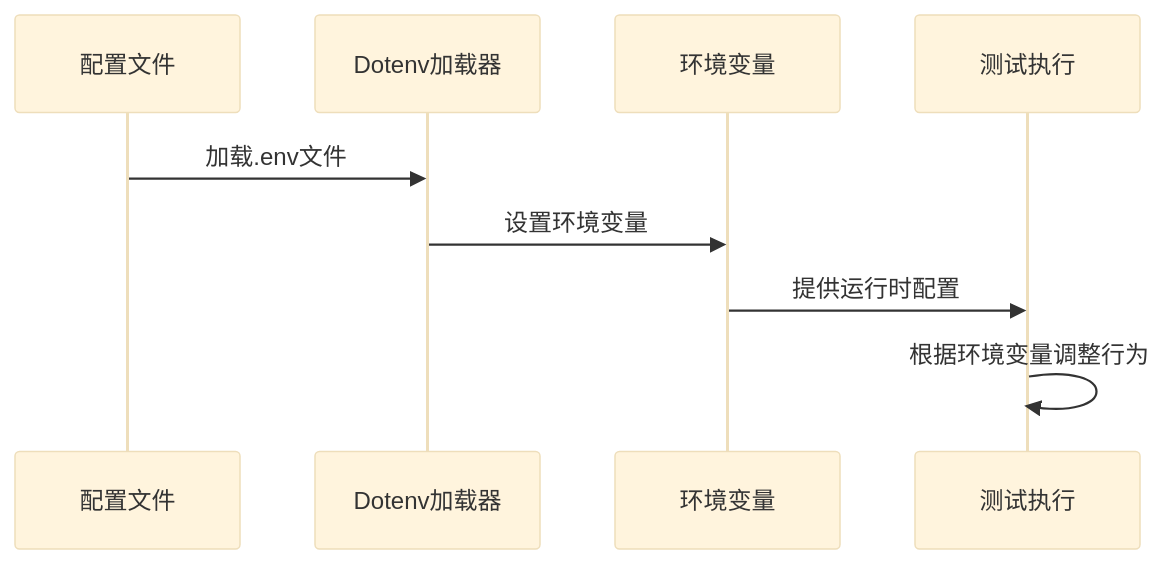
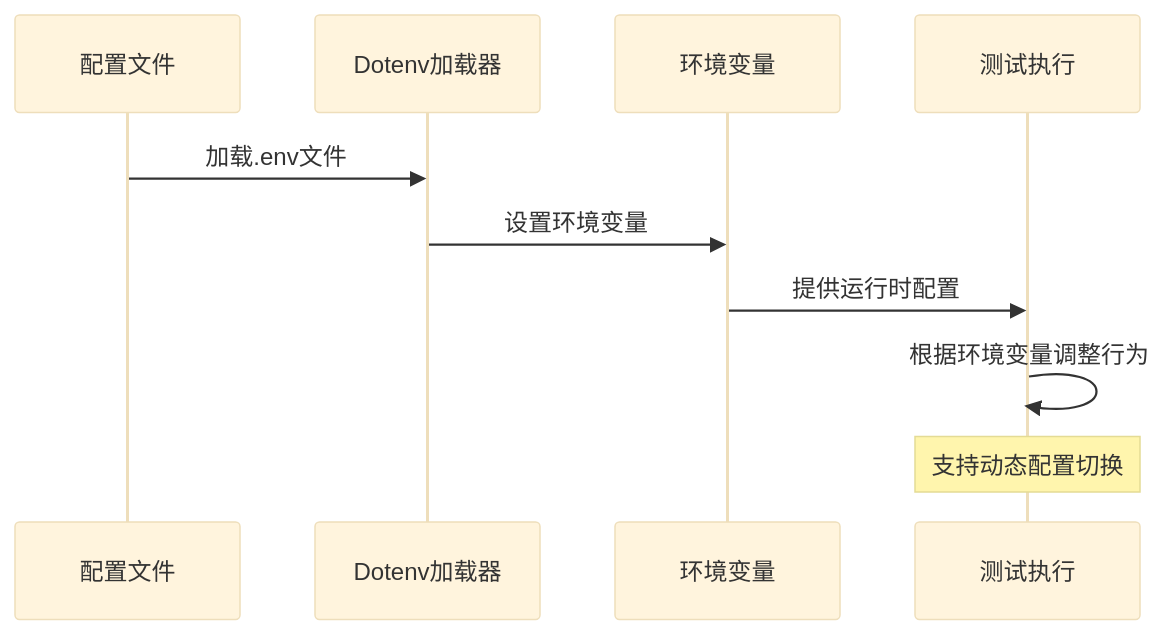
Before and after one commit to zzgoviziwind/--playwright: the fourth of 10 diagrams in .qoder/repowiki/zh/content/部署和运维/环境配置管理.md, drawn with Mermaid (base theme). The commit also changed other lines of this file and 112 other files, not shown here.

````diff
--- a/.qoder/repowiki/zh/content/部署和运维/环境配置管理.md
+++ b/.qoder/repowiki/zh/content/部署和运维/环境配置管理.md
@@ -220,11 +239,12 @@
 ```mermaid
 sequenceDiagram
 participant Config as 配置文件
 participant Dotenv as Dotenv加载器
 participant Env as 环境变量
 participant Test as 测试执行
 Config->>Dotenv : 加载.env文件
 Dotenv->>Env : 设置环境变量
 Env->>Test : 提供运行时配置
 Test->>Test : 根据环境变量调整行为
+Note over Test : 支持动态配置切换
 ```
````
